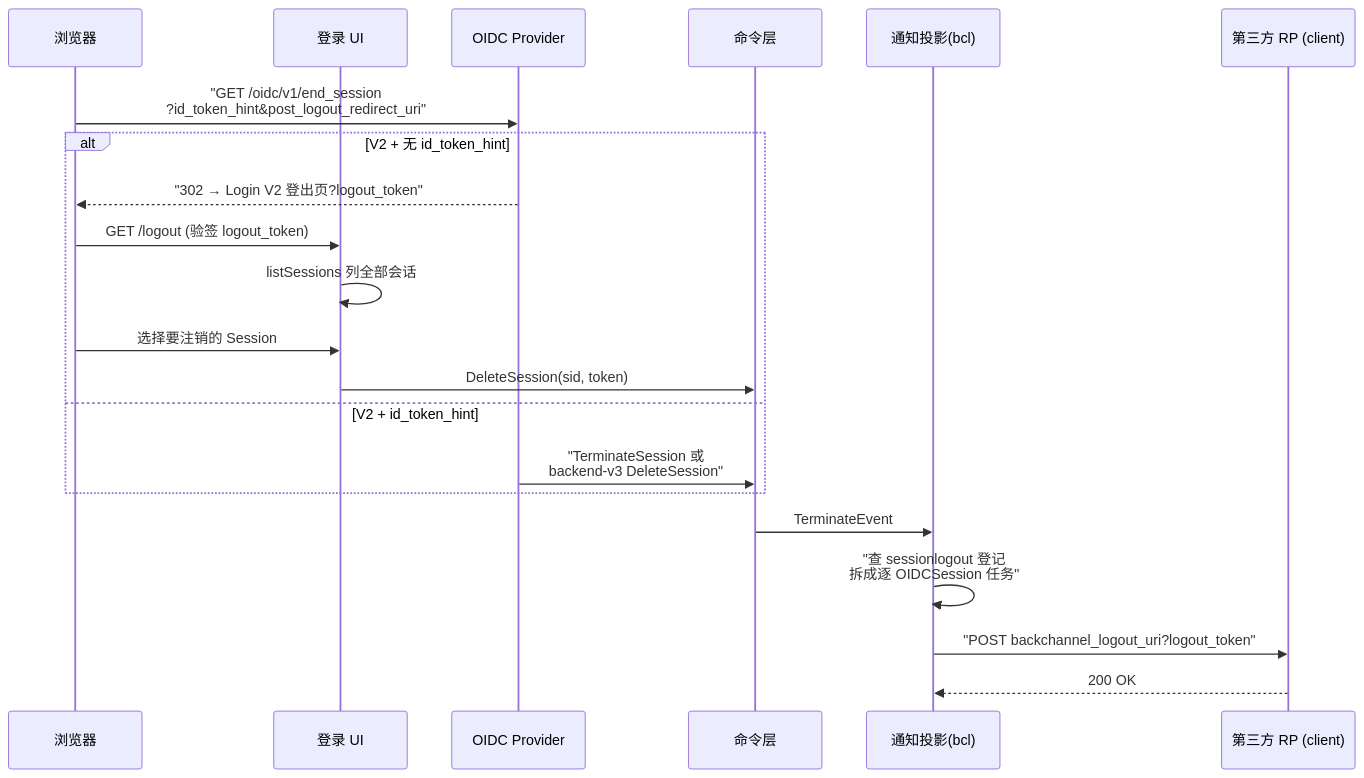
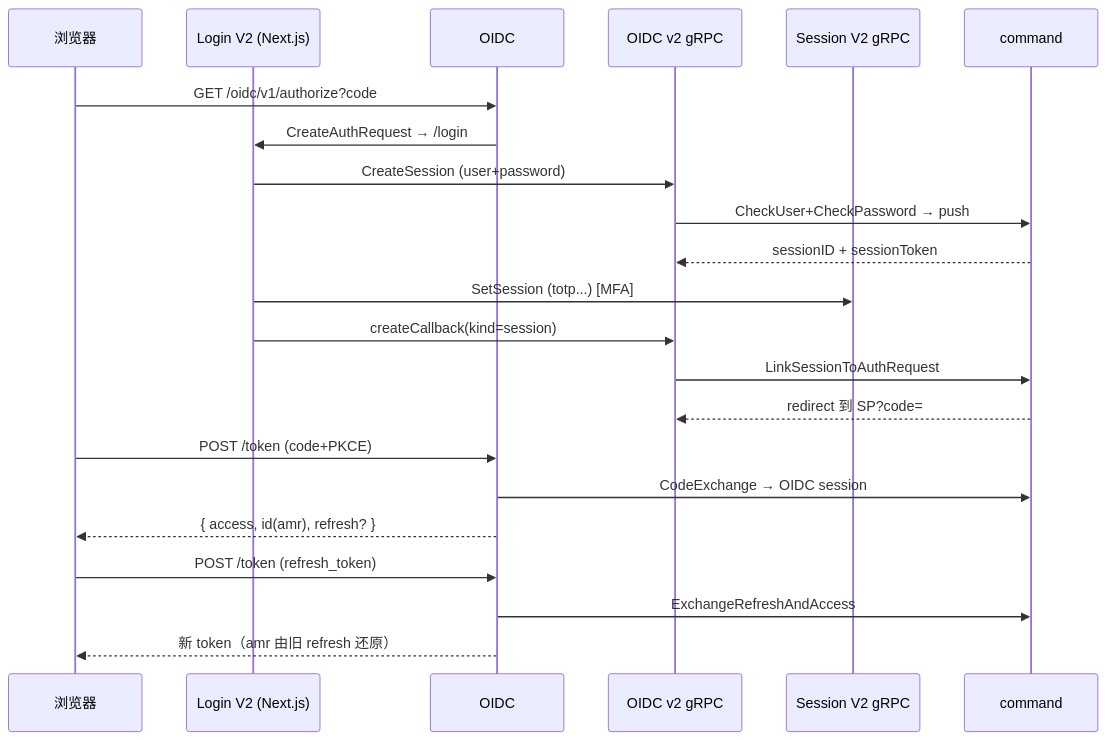
The second of 2 diagrams in auth/zitadel/auth-flow.md (morehao/oss-insights), drawn with Mermaid before and after one commit. The commit also changed other lines of this file and 8 other files, not shown here.

````diff
--- a/auth/zitadel/auth-flow.md
+++ b/auth/zitadel/auth-flow.md
@@ -441,24 +108,25 @@
 ```mermaid
 sequenceDiagram
     participant B as 浏览器
-    participant Login as 登录 UI
-    participant OIDC as OIDC Provider
-    participant Cmd as 命令层
-    participant Proj as 通知投影(bcl)
-    participant RP as 第三方 RP (client)
+    participant N as Login V2 (Next.js)
+    participant O as OIDC
+    participant G as OIDC v2 gRPC
+    participant S as Session V2 gRPC
+    participant C as command
 
-    B->>OIDC: "GET /oidc/v1/end_session<br>?id_token_hint&post_logout_redirect_uri"
-    alt V2 + 无 id_token_hint
-        OIDC-->>B: "302 → Login V2 登出页?logout_token"
-        B->>Login: GET /logout (验签 logout_token)
-        Login->>Login: listSessions 列全部会话
-        B->>Login: 选择要注销的 Session
-        Login->>Cmd: DeleteSession(sid, token)
-    else V2 + id_token_hint
-        OIDC->>Cmd: "TerminateSession 或<br>backend-v3 DeleteSession"
-    end
-    Cmd->>Proj: TerminateEvent
-    Proj->>Proj: "查 sessionlogout 登记<br>拆成逐 OIDCSession 任务"
-    Proj->>RP: "POST backchannel_logout_uri?logout_token"
-    RP-->>Proj: 200 OK
+    B->>O: GET /oidc/v1/authorize?code
+    O->>N: CreateAuthRequest → /login
+    N->>G: CreateSession (user+password)
+    G->>C: CheckUser+CheckPassword → push
+    C-->>G: sessionID + sessionToken
+    N->>S: SetSession (totp...) [MFA]
+    N->>G: createCallback(kind=session)
+    G->>C: LinkSessionToAuthRequest
+    C-->>G: redirect 到 SP?code=
+    B->>O: POST /token (code+PKCE)
+    O->>C: CodeExchange → OIDC session
+    O-->>B: { access, id(amr), refresh? }
+    B->>O: POST /token (refresh_token)
+    O->>C: ExchangeRefreshAndAccess
+    O-->>B: 新 token（amr 由旧 refresh 还原）
 ```
````
